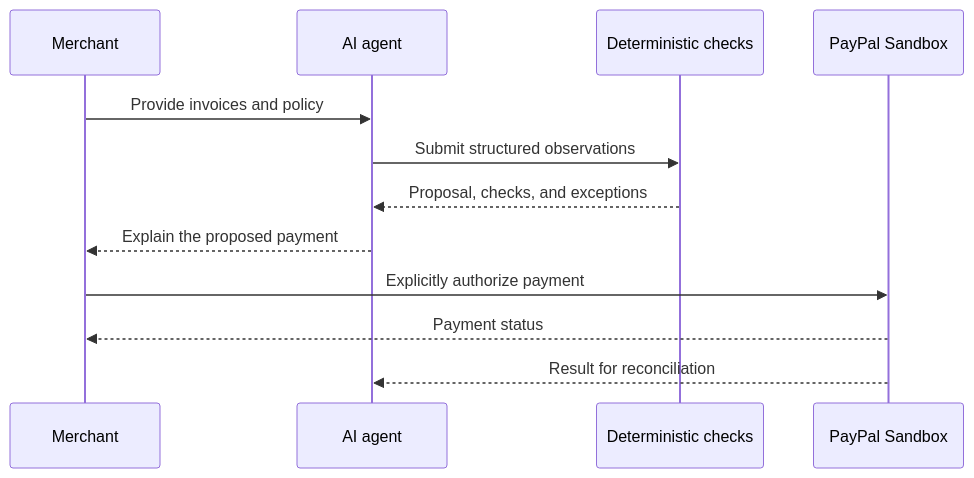
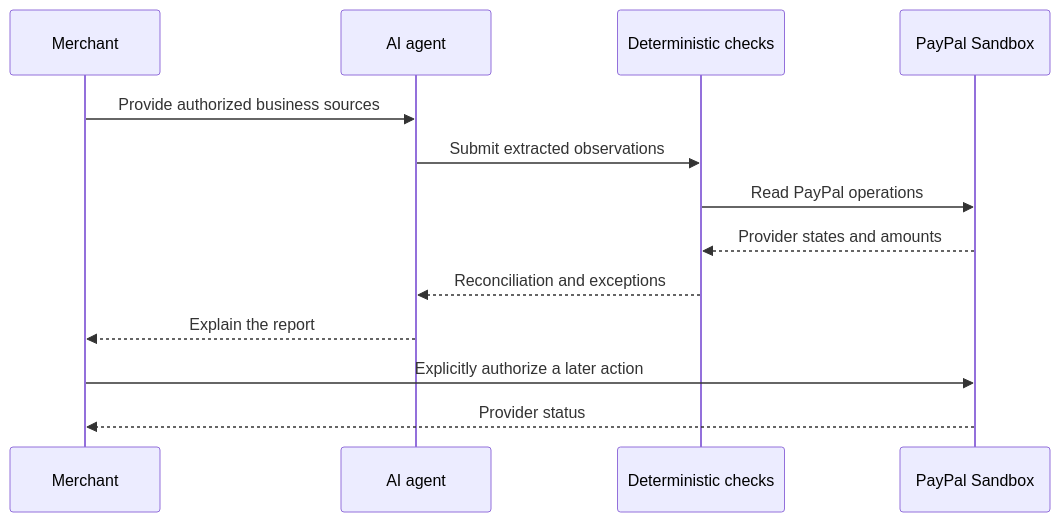
Before and after one commit to annatchijova/durin: the diagram in README.md, drawn with Mermaid. The commit also changed other lines of this file and 1 other file, not shown here.

````diff
--- a/README.md
+++ b/README.md
@@ -63,15 +66,16 @@
 ```mermaid
 sequenceDiagram
     participant M as Merchant
     participant A as AI agent
     participant X as Deterministic checks
     participant P as PayPal Sandbox
 
-    M->>A: Provide invoices and policy
-    A->>X: Submit structured observations
-    X-->>A: Proposal, checks, and exceptions
-    A-->>M: Explain the proposed payment
-    M->>P: Explicitly authorize payment
-    P-->>M: Payment status
-    P-->>A: Result for reconciliation
+    M->>A: Provide authorized business sources
+    A->>X: Submit extracted observations
+    X->>P: Read PayPal operations
+    P-->>X: Provider states and amounts
+    X-->>A: Reconciliation and exceptions
+    A-->>M: Explain the report
+    M->>P: Explicitly authorize a later action
+    P-->>M: Provider status
 ```
````
